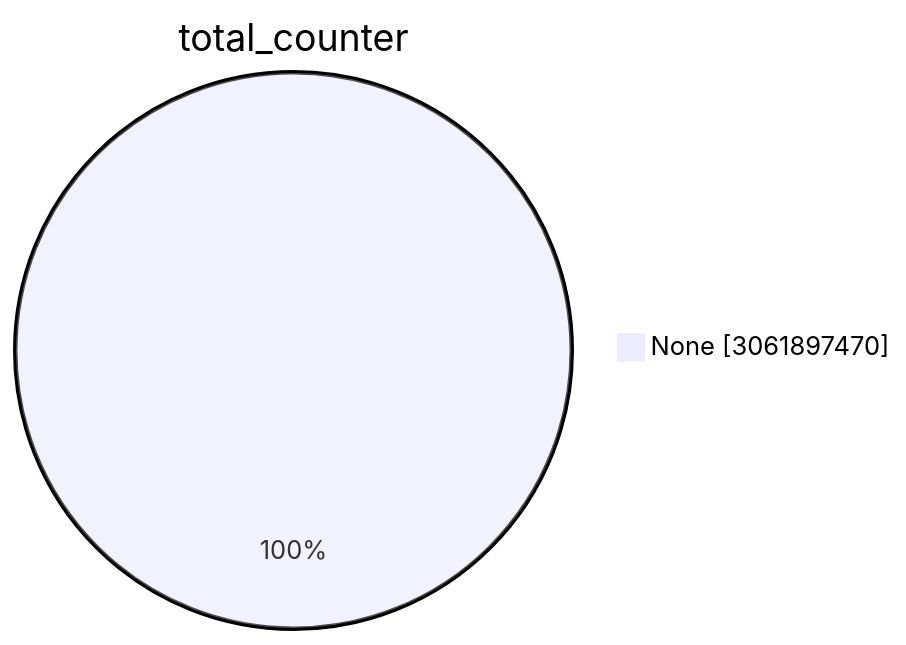
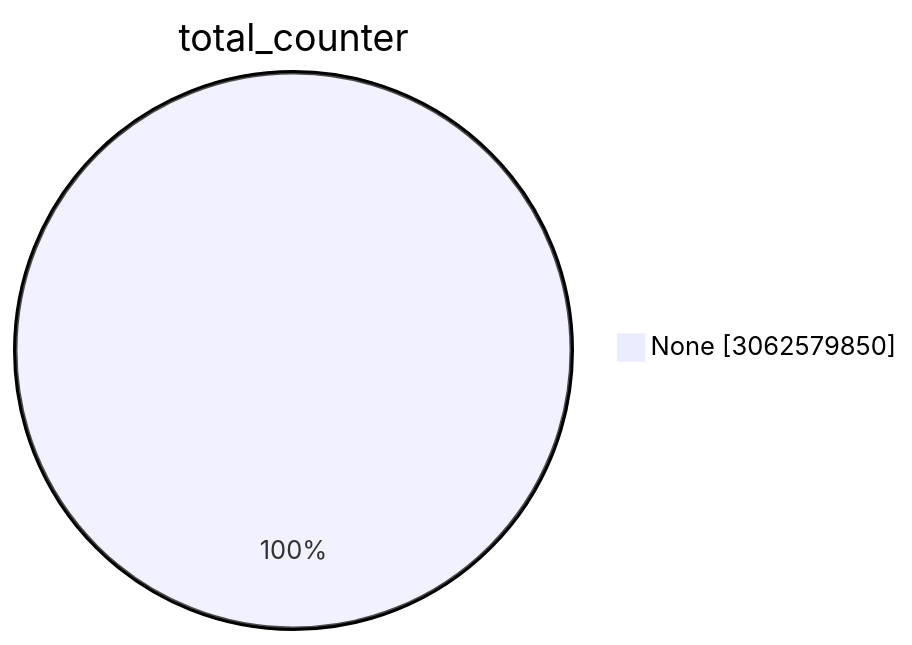
One commit to christiankrug/ctmonitor_visualization changed the first of 15 diagrams in TOTAL/README.md. Above: the diagram before and after it, drawn with Mermaid. The commit also changed other lines of this file, not shown here.

````diff
--- a/TOTAL/README.md
+++ b/TOTAL/README.md
@@ -1,5 +1,5 @@
 ```mermaid
 pie showData
 title total_counter
-"None" :3061897470
+"None" :3062579850
 ```
````
